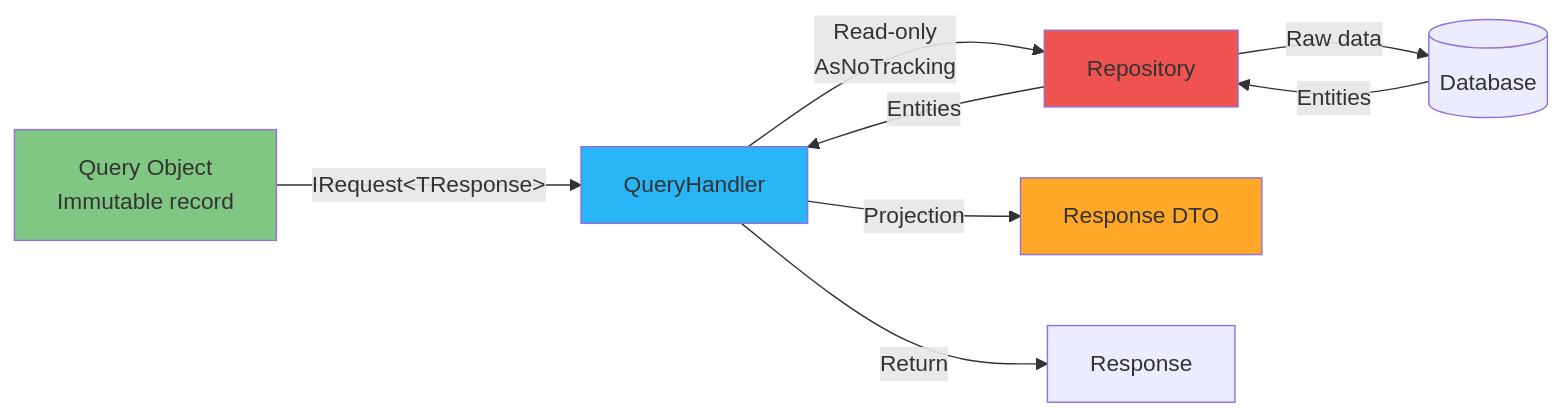
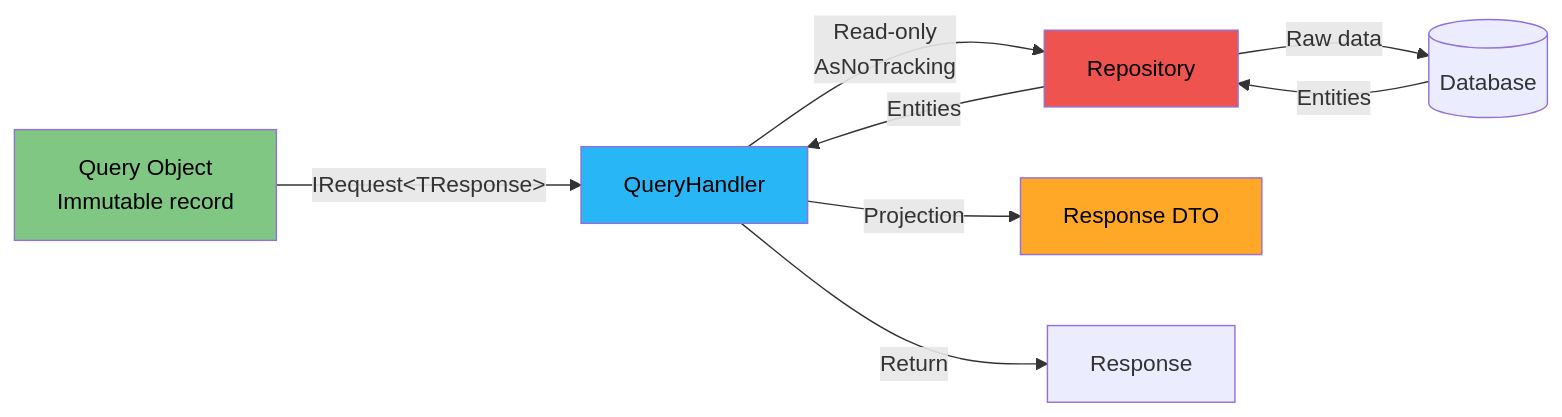
The fifth of 8 diagrams in docs/01-architecture/diagrams/cqrs-mediatr-flow.md (meepleAi-app/meepleai-monorepo), drawn with Mermaid before and after one commit. The commit also changed other lines of this file and 4 other files, not shown here.

First line of the commit message:
docs: Aggiunto testo nero a tutti i diagrammi Mermaid

````diff
--- a/docs/01-architecture/diagrams/cqrs-mediatr-flow.md
+++ b/docs/01-architecture/diagrams/cqrs-mediatr-flow.md
@@ -241,15 +241,15 @@
 ```mermaid
 graph LR
     Query[Query Object<br/>Immutable record] -->|IRequest&lt;TResponse&gt;| Handler[QueryHandler]
     Handler -->|Read-only<br/>AsNoTracking| Repo[Repository]
     Repo -->|Raw data| DB[(Database)]
     DB -->|Entities| Repo
     Repo -->|Entities| Handler
     Handler -->|Projection| DTO[Response DTO]
     Handler -->|Return| Response[Response]
 
-    style Query fill:#81c784
-    style Handler fill:#29b6f6
-    style Repo fill:#ef5350
-    style DTO fill:#ffa726
+    style Query fill:#81c784,color:#000
+    style Handler fill:#29b6f6,color:#000
+    style Repo fill:#ef5350,color:#000
+    style DTO fill:#ffa726,color:#000
 ```
````
